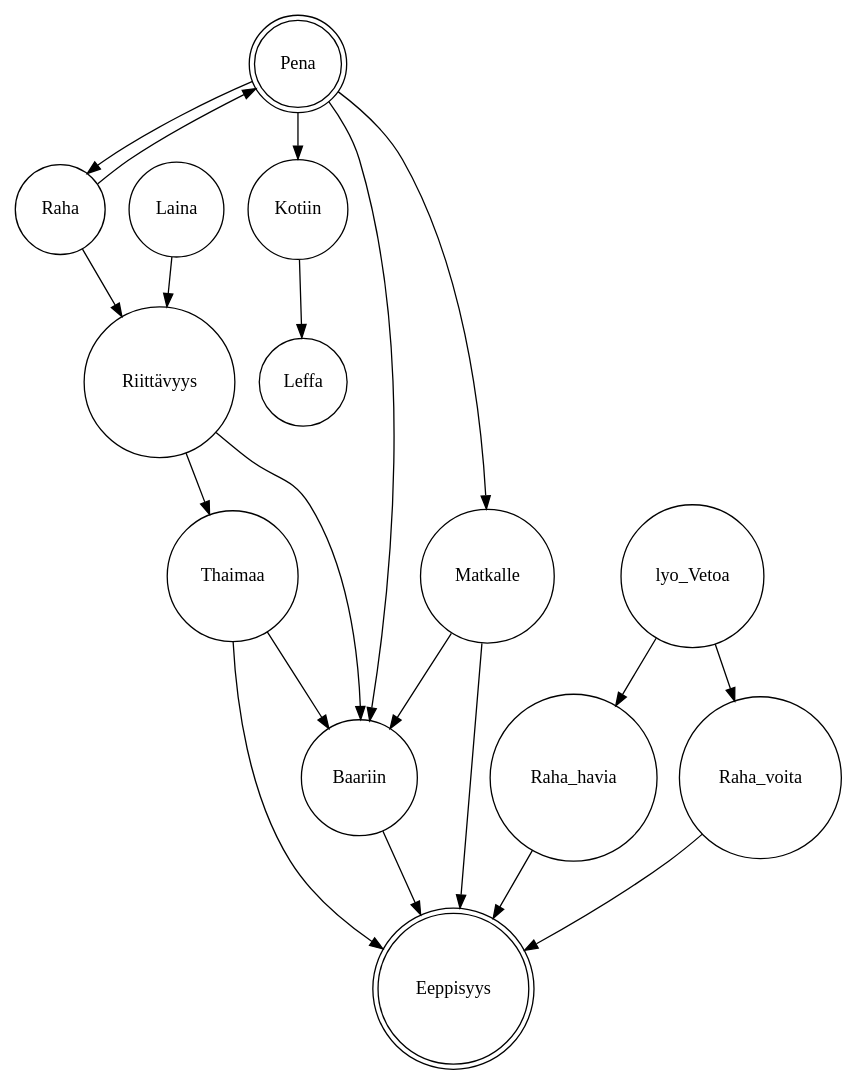
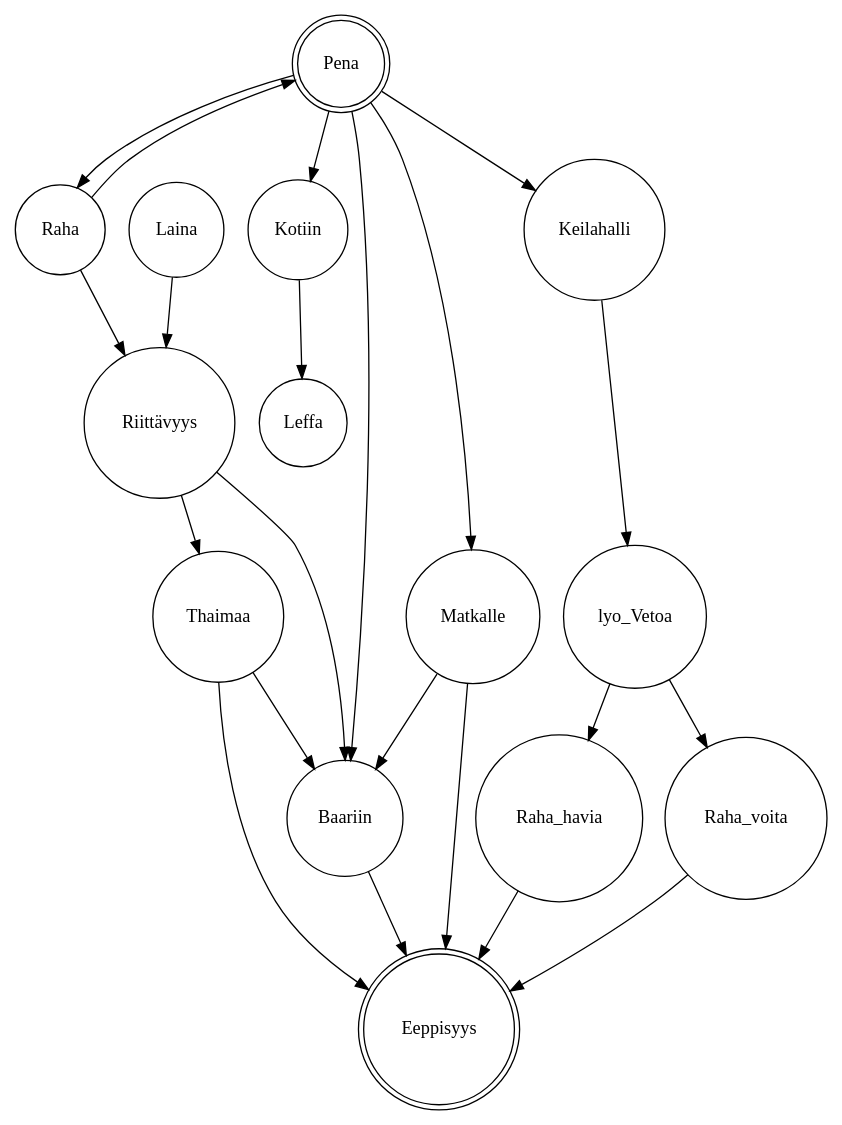
One commit to Dragonius/Pena_Java changed the diagram in Graphiz.dot. Above: the diagram before and after it, drawn with Graphviz.

Commit message:
Updates and fixes http://www.webgraphviz.com/
Updates and fixes

```diff
--- a/Graphiz.dot
+++ b/Graphiz.dot
@@ -1,24 +1,26 @@
 digraph finite_state_machine {
 rankdir=Pena;
 node [shape = doublecircle]; Pena; Eeppisyys;
 node [shape = circle];
 	Pena -> Raha;
 	Pena -> Kotiin;
 	Pena -> Baariin;
 	Pena -> Matkalle;
+	Pena -> Keilahalli;
 	Kotiin -> Leffa;
 	Raha -> Pena;
 	Raha -> Riittävyys;
+	Keilahalli -> lyo_Vetoa;
 	lyo_Vetoa -> Raha_havia;
 	lyo_Vetoa -> Raha_voita;
 	Raha_havia -> Eeppisyys;
 	Raha_voita -> Eeppisyys;
 	Laina -> Riittävyys;
 	Matkalle -> Baariin;
 	Matkalle -> Eeppisyys;
 	Riittävyys -> Baariin;
 	Riittävyys -> Thaimaa;
 	Baariin -> Eeppisyys;
 	Thaimaa -> Baariin;
 	Thaimaa -> Eeppisyys;
 }
```
